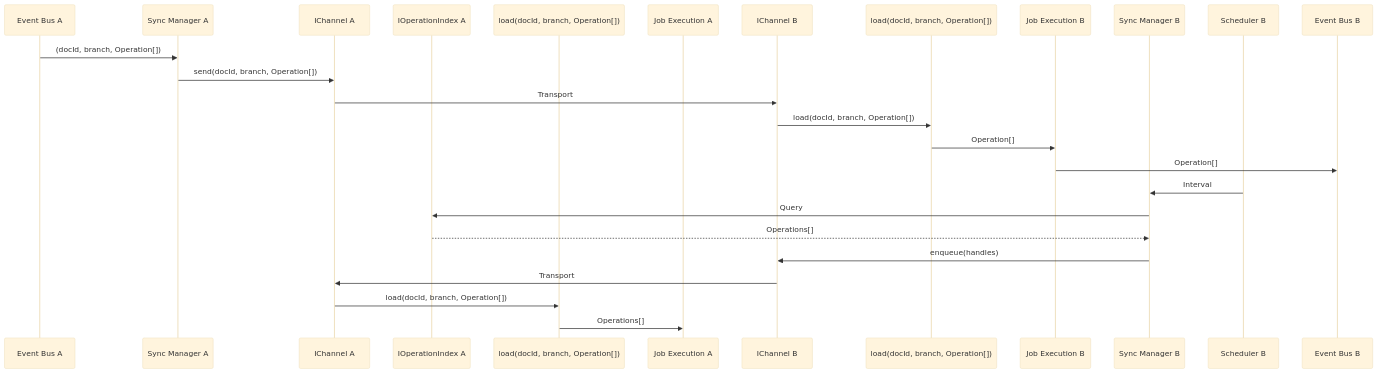
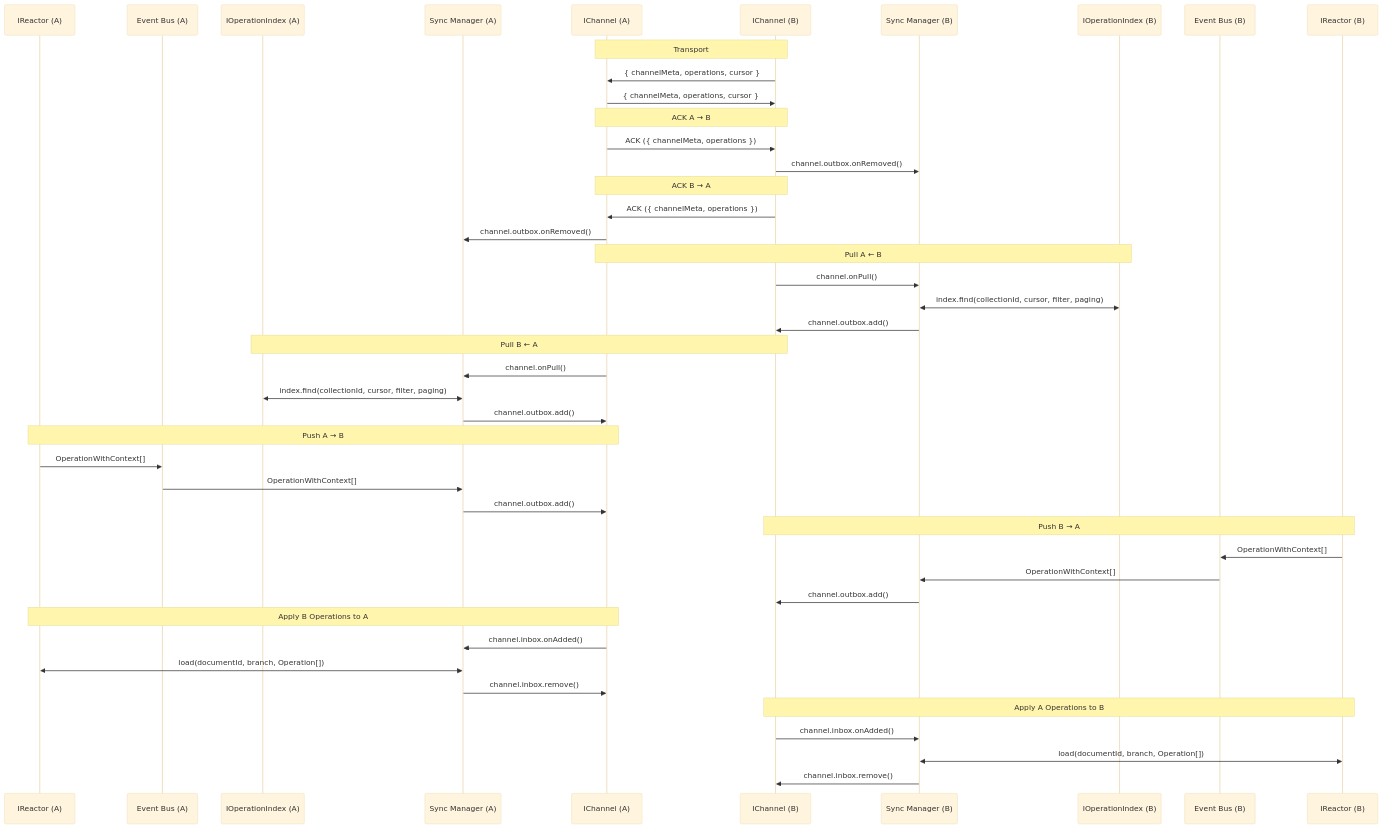
Before and after one commit to powerhouse-inc/powerhouse: the third of 4 diagrams in packages/reactor/docs/planning/Synchronization/index.md, drawn with Mermaid (base theme). The commit also changed other lines of this file and 1 other file, not shown here.

Commit message:
chore: replacing old sync doc

````diff
--- a/packages/reactor/docs/planning/Synchronization/index.md
+++ b/packages/reactor/docs/planning/Synchronization/index.md
@@ -154,33 +222,55 @@
 ```mermaid
 sequenceDiagram
-    participant EBA as Event Bus A
-    participant SMA as Sync Manager A
-    participant AChannel as IChannel A
-    participant AOI as IOperationIndex A
-    participant LoadA as load(docId, branch, Operation[])
-    participant JEA as Job Execution A
+  participant ReactorA as IReactor (A)
+  participant BusA as Event Bus (A)
+  participant IndexA as IOperationIndex (A)
+  participant SyncMgrA as Sync Manager (A)
+  participant ChannelA as IChannel (A)
+  participant ChannelB as IChannel (B)
+  participant SyncMgrB as Sync Manager (B)
+  participant IndexB as IOperationIndex (B)
+  participant BusB as Event Bus (B)
+  participant ReactorB as IReactor (B)
 
-    participant BChannel as IChannel B
-    participant LoadB as load(docId, branch, Operation[])
-    participant JEB as Job Execution B
-    participant SMB as Sync Manager B
-    participant SchedulerB as Scheduler B
-    participant EBB as Event Bus B
+  Note over ChannelA,ChannelB: Transport
+  ChannelB->>ChannelA: { channelMeta, operations, cursor }
+  ChannelA->>ChannelB: { channelMeta, operations, cursor }
 
-    %% Reactor A pushes operations
-    EBA->>SMA: (docId, branch, Operation[])
-    SMA->>AChannel: send(docId, branch, Operation[])
-    AChannel->>BChannel: Transport
-    BChannel->>LoadB: load(docId, branch, Operation[])
-    LoadB->>JEB: Operation[]
-    JEB->>EBB: Operation[]
+  Note over ChannelA,ChannelB: ACK A → B
+  ChannelA->>ChannelB: ACK ({ channelMeta, operations })
+  ChannelB->>SyncMgrB: channel.outbox.onRemoved()
 
-    %% Reactor B pulls operations
-    SchedulerB->>SMB: Interval
-    SMB->>AOI: Query
-    AOI-->>SMB: Operations[]
-    SMB->>BChannel: enqueue(handles)
-    BChannel->>AChannel: Transport
-    AChannel->>LoadA: load(docId, branch, Operation[])
-    LoadA->>JEA: Operations[]
+  Note over ChannelB,ChannelA: ACK B → A
+  ChannelB->>ChannelA: ACK ({ channelMeta, operations })
+  ChannelA->>SyncMgrA: channel.outbox.onRemoved()
+
+  Note over ChannelA,IndexB: Pull A ← B
+  ChannelB->>SyncMgrB: channel.onPull()
+  SyncMgrB<<->>IndexB: index.find(collectionId, cursor, filter, paging)
+  SyncMgrB->>ChannelB: channel.outbox.add()
+
+  Note over ChannelB,IndexA: Pull B ← A
+  ChannelA->>SyncMgrA: channel.onPull()
+  SyncMgrA<<->>IndexA: index.find(collectionId, cursor, filter, paging)
+  SyncMgrA->>ChannelA: channel.outbox.add()
+
+  Note over ReactorA,ChannelA: Push A → B
+  ReactorA->>BusA: OperationWithContext[]
+  BusA->>SyncMgrA: OperationWithContext[]
+  SyncMgrA->>ChannelA: channel.outbox.add()
+
+  Note over ReactorB,ChannelB: Push B → A
+  ReactorB->>BusB: OperationWithContext[]
+  BusB->>SyncMgrB: OperationWithContext[]
+  SyncMgrB->>ChannelB: channel.outbox.add()
+
+  Note over ChannelA,ReactorA: Apply B Operations to A
+  ChannelA->>SyncMgrA: channel.inbox.onAdded()
+  SyncMgrA<<->>ReactorA: load(documentId, branch, Operation[])
+  SyncMgrA->>ChannelA: channel.inbox.remove()  
+
+  Note over ChannelB,ReactorB: Apply A Operations to B
+  ChannelB->>SyncMgrB: channel.inbox.onAdded()
+  SyncMgrB<<->>ReactorB: load(documentId, branch, Operation[])
+  SyncMgrB->>ChannelB: channel.inbox.remove()
 ```
````
